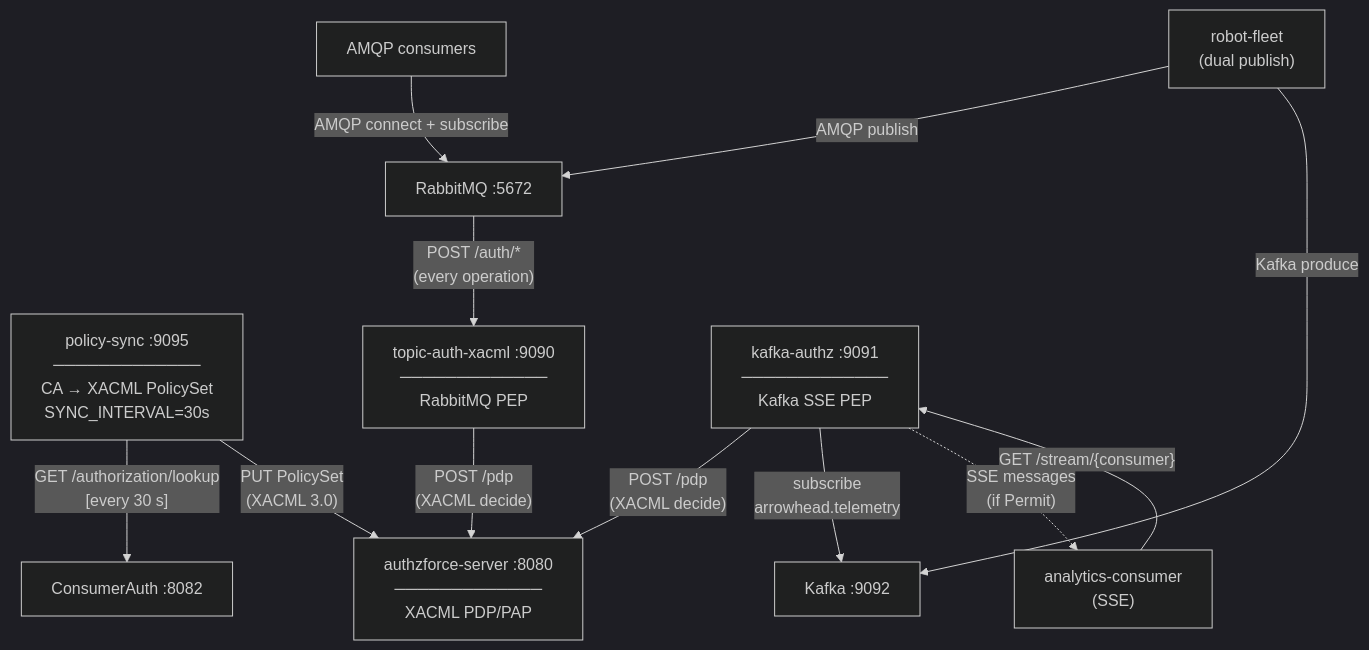
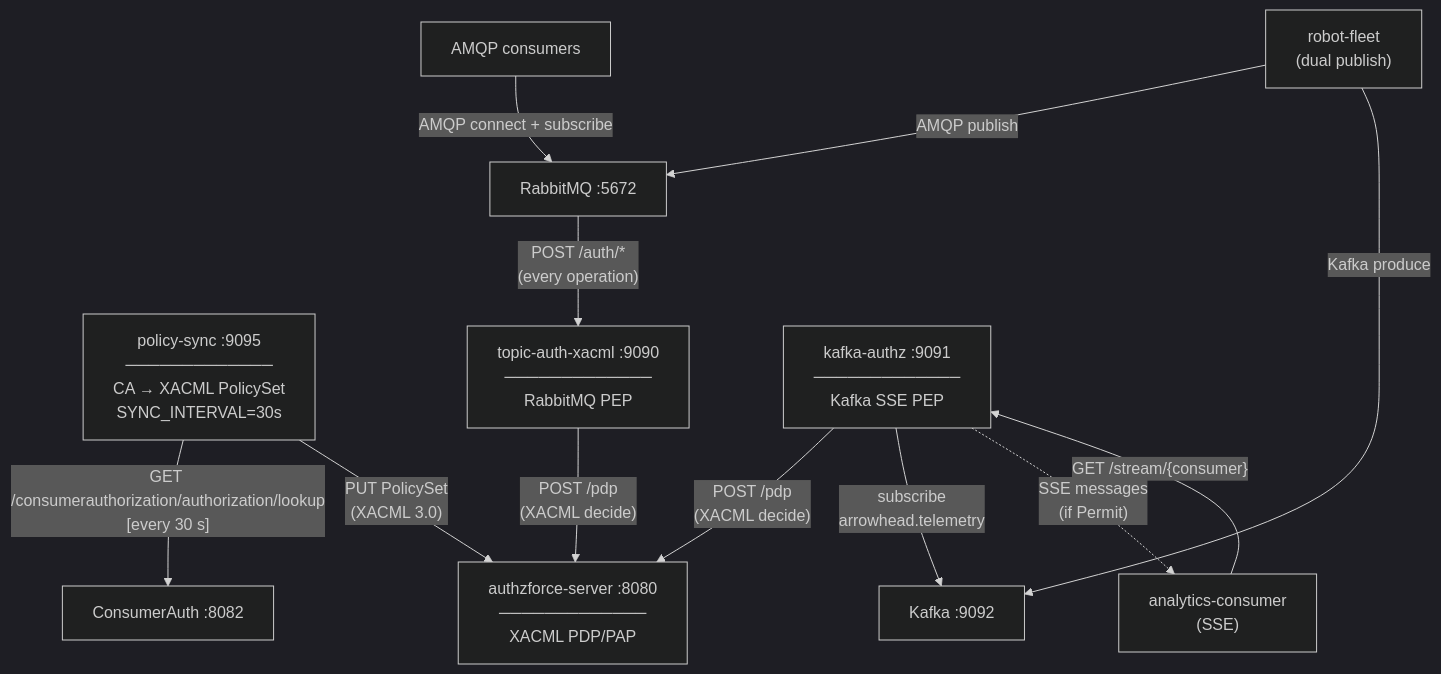
The third of 6 diagrams in support/DIAGRAMS.md (ulfbod/Arrowhead-experimental-core-systems), drawn with Mermaid (dark theme) before and after one commit. The commit also changed other lines of this file and 183 other files, not shown here.

````diff
--- a/support/DIAGRAMS.md
+++ b/support/DIAGRAMS.md
@@ -82,32 +82,32 @@
 ```mermaid
 graph TD
     CA["ConsumerAuth :8082"]
     AZ["authzforce-server :8080\n─────────────\nXACML PDP/PAP"]
 
     PS["policy-sync :9095\n─────────────\nCA → XACML PolicySet\nSYNC_INTERVAL=30s"]
 
     TAX["topic-auth-xacml :9090\n─────────────\nRabbitMQ PEP"]
     KA["kafka-authz :9091\n─────────────\nKafka SSE PEP"]
 
     RMQ["RabbitMQ :5672"]
     KFK["Kafka :9092"]
 
     AMQP_CON["AMQP consumers"]
     KFK_CON["analytics-consumer\n(SSE)"]
     PUB["robot-fleet\n(dual publish)"]
 
-    PS  -->|"GET /authorization/lookup\n[every 30 s]"| CA
+    PS  -->|"GET /consumerauthorization/authorization/lookup\n[every 30 s]"| CA
     PS  -->|"PUT PolicySet\n(XACML 3.0)"| AZ
 
     RMQ -->|"POST /auth/*\n(every operation)"| TAX
     TAX -->|"POST /pdp\n(XACML decide)"| AZ
 
     KFK_CON -->|"GET /stream/{consumer}"| KA
     KA  -->|"POST /pdp\n(XACML decide)"| AZ
     KA  -->|"subscribe\narrowhead.telemetry"| KFK
     KA  -.->|"SSE messages\n(if Permit)"| KFK_CON
 
     AMQP_CON -->|"AMQP connect + subscribe"| RMQ
     PUB -->|"AMQP publish"| RMQ
     PUB -->|"Kafka produce"| KFK
 ```
````
